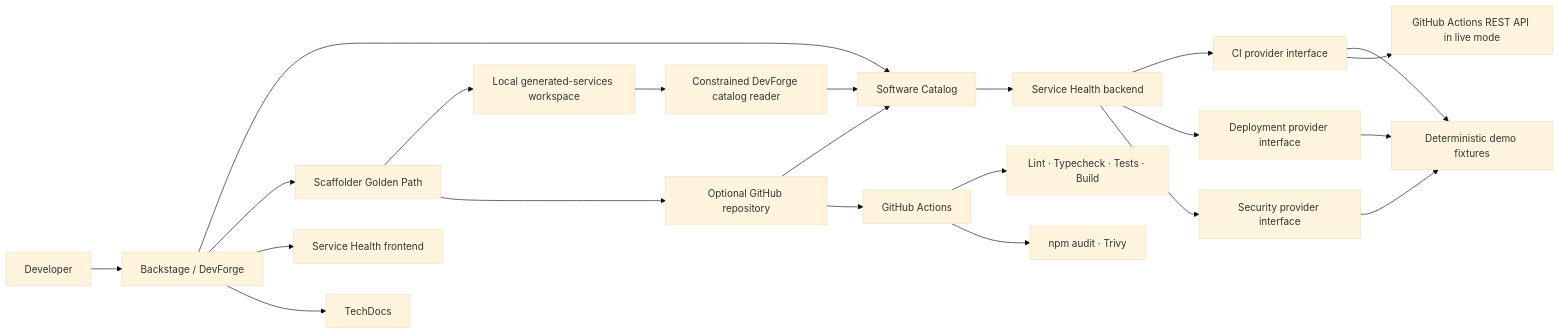
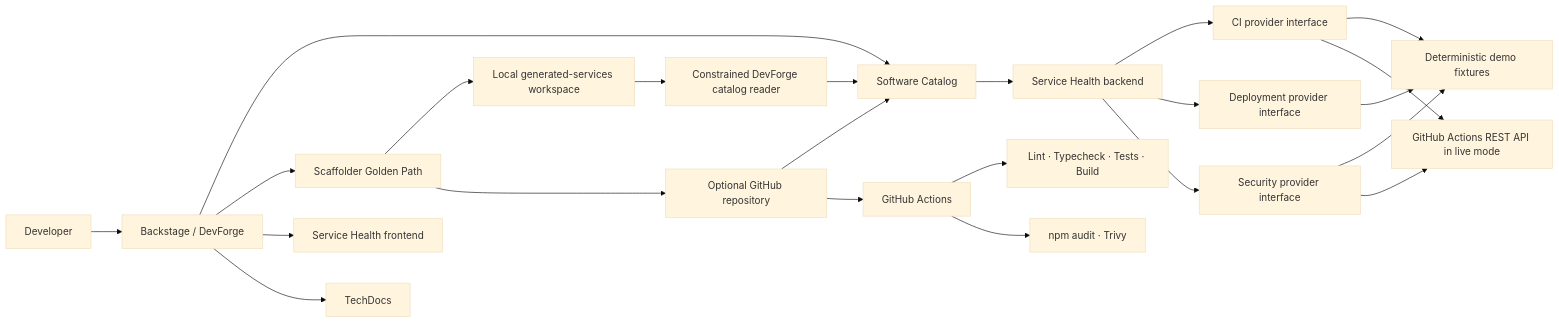
One commit to YouFoundTheDev/devforge changed the diagram in README.md. Above: the diagram before and after it, drawn with Mermaid (base theme). The commit also changed other lines of this file and 15 other files, not shown here.

Commit message:
feat: report GitHub Actions security checks

````diff
--- a/README.md
+++ b/README.md
@@ -23,24 +23,25 @@
 ```mermaid
 flowchart LR
   Engineer[Developer] --> Portal[Backstage / DevForge]
   Portal --> Catalog[Software Catalog]
   Portal --> Scaffolder[Scaffolder Golden Path]
   Portal --> HealthUI[Service Health frontend]
   Scaffolder --> Local[Local generated-services workspace]
   Scaffolder --> GitHub[Optional GitHub repository]
   Local --> LocalCatalog[Constrained DevForge catalog reader]
   GitHub --> Catalog
   LocalCatalog --> Catalog
   GitHub --> CI[GitHub Actions]
   CI --> Checks[Lint · Typecheck · Tests · Build]
   CI --> Security[npm audit · Trivy]
   Catalog --> HealthAPI[Service Health backend]
   HealthAPI --> CIProvider[CI provider interface]
   HealthAPI --> DeployProvider[Deployment provider interface]
   HealthAPI --> SecurityProvider[Security provider interface]
   CIProvider --> Fixtures[Deterministic demo fixtures]
   CIProvider --> GitHubAPI[GitHub Actions REST API in live mode]
   DeployProvider --> Fixtures
   SecurityProvider --> Fixtures
+  SecurityProvider --> GitHubAPI
   Portal --> TechDocs[TechDocs]
 ```
````
